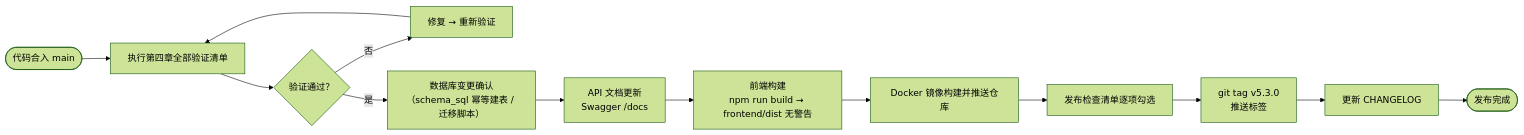
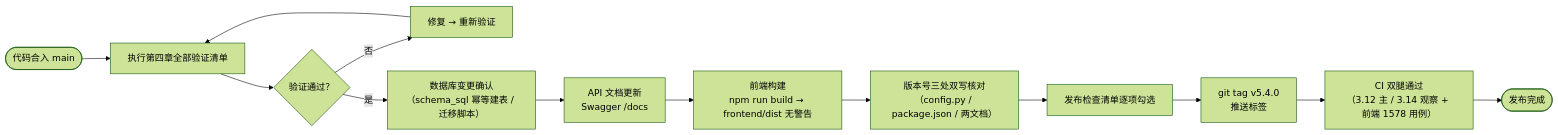
One commit to he-fei-ai/bidforge-jiangong changed the sixth of 6 diagrams in docs/软件编译计划书.MD. Above: the diagram before and after it, drawn with Mermaid (forest theme). The commit also changed other lines of this file and 2 other files, not shown here.

First line of the commit message:
docs: 主文档更新至 v5.4，合并 v5.3 图集并对齐 2026-11-09 实测数字

````diff
--- a/docs/软件编译计划书.MD
+++ b/docs/软件编译计划书.MD
@@ -591,15 +625,15 @@
 ```mermaid
 flowchart LR
     A(["代码合入 main"]) --> B["执行第四章全部验证清单"]
     B --> C{"验证通过？"}
     C -->|否| D["修复 → 重新验证"]
     D --> B
     C -->|是| E["数据库变更确认<br/>（schema_sql 幂等建表 / 迁移脚本）"]
     E --> F["API 文档更新<br/>Swagger /docs"]
     F --> G["前端构建<br/>npm run build → frontend/dist 无警告"]
-    G --> H["Docker 镜像构建并推送仓库"]
+    G --> H["版本号三处双写核对<br/>（config.py / package.json / 两文档）"]
     H --> I["发布检查清单逐项勾选"]
-    I --> J["git tag v5.3.0<br/>推送标签"]
-    J --> K["更新 CHANGELOG"]
+    I --> J["git tag v5.4.0<br/>推送标签"]
+    J --> K["CI 双腿通过<br/>（3.12 主 / 3.14 观察 + 前端 1578 用例）"]
     K --> L(["发布完成"])
 ```
````
